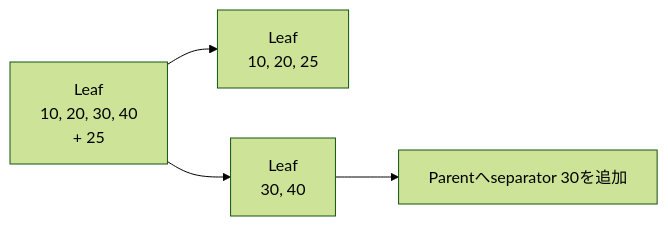
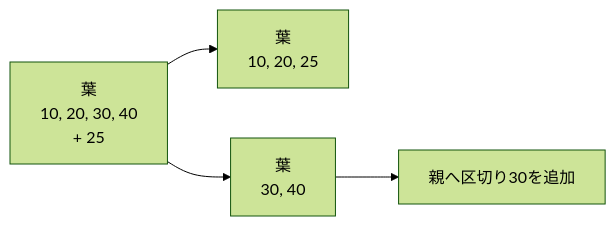
One commit to hirunebot/database-systems-book changed the second of 3 diagrams in src/content/docs/02-storage/04-btree-indexes.md. Above: the diagram before and after it, drawn with Mermaid (forest theme). The commit also changed other lines of this file and 42 other files, not shown here.

````diff
--- a/src/content/docs/02-storage/04-btree-indexes.md
+++ b/src/content/docs/02-storage/04-btree-indexes.md
@@ -91,10 +91,10 @@
 ```mermaid
 flowchart LR
-    Before["Leaf<br/>10, 20, 30, 40<br/>+ 25"]
-    Left["Leaf<br/>10, 20, 25"]
-    Right["Leaf<br/>30, 40"]
-    Parent["Parentへseparator 30を追加"]
+    Before["葉<br/>10, 20, 30, 40<br/>+ 25"]
+    Left["葉<br/>10, 20, 25"]
+    Right["葉<br/>30, 40"]
+    Parent["親へ区切り30を追加"]
     Before --> Left
     Before --> Right
     Right --> Parent
 ```
````
